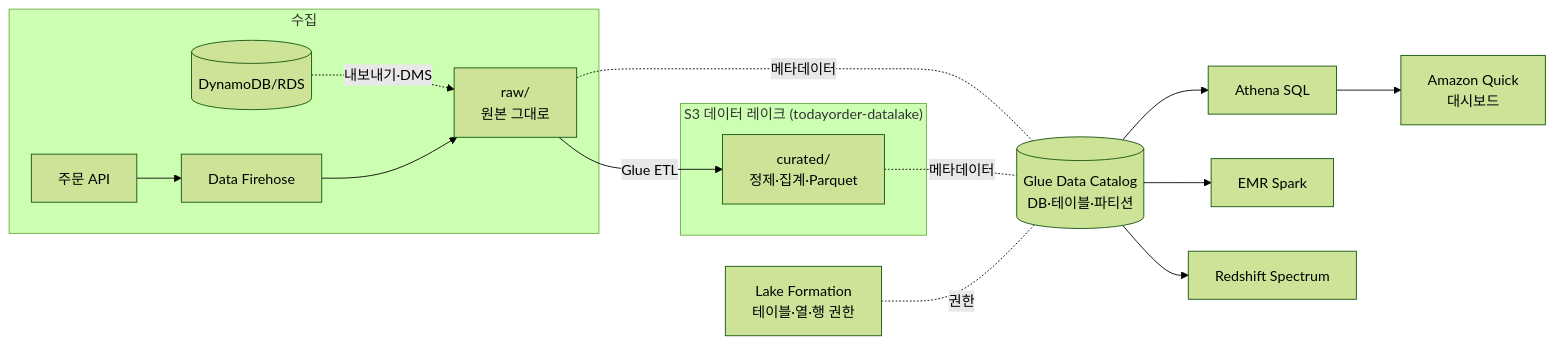
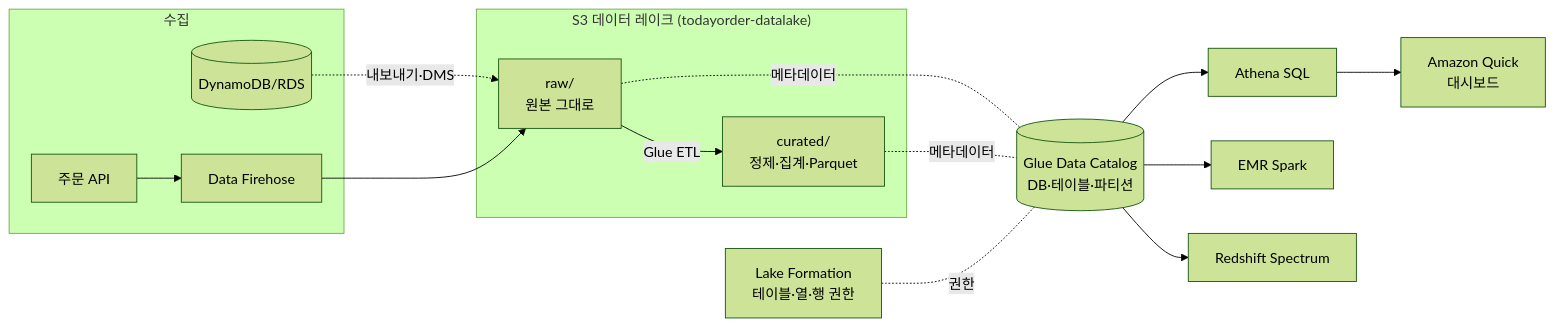
The diagram in curriculum/m11-analytics/01-data-lake.md (Ring-wdr/aws-newbie-guide), drawn with Mermaid (forest theme) before and after one commit.

Commit message:
fix(m11): 데이터 레이크 그림에서 raw/ 노드가 수집 서브그래프에 그려지던 것을 바로잡음
S3R 이 "수집" 서브그래프 안의 간선에서 먼저 쓰여 Mermaid 가 raw/ 를 수집 상자에
넣었다(GitHub 렌더링도 같음). 간선 두 줄을 서브그래프 밖으로 옮겨 raw/ 가
"S3 데이터 레이크" 상자에 들어가게 했다. 노드·라벨·간선 내용은 그대로다.

````diff
--- a/curriculum/m11-analytics/01-data-lake.md
+++ b/curriculum/m11-analytics/01-data-lake.md
@@ -22,18 +22,19 @@
 ```mermaid
 flowchart LR
   subgraph 수집
     APP[주문 API] --> FH[Data Firehose]
-    DB[(DynamoDB/RDS)] -. 내보내기·DMS .-> S3R
-    FH --> S3R
+    DB[(DynamoDB/RDS)]
   end
   subgraph S3["S3 데이터 레이크 (todayorder-datalake)"]
     S3R[raw/<br/>원본 그대로]
     S3C[curated/<br/>정제·집계·Parquet]
   end
+  DB -. 내보내기·DMS .-> S3R
+  FH --> S3R
   S3R -- Glue ETL --> S3C
   CAT[(Glue Data Catalog<br/>DB·테이블·파티션)]
   S3R & S3C -. 메타데이터 .- CAT
   CAT --> ATH[Athena SQL] & EMR[EMR Spark] & RS[Redshift Spectrum]
   ATH --> QS[Amazon Quick<br/>대시보드]
   LF[Lake Formation<br/>테이블·열·행 권한] -. 권한 .- CAT
 ```
````
